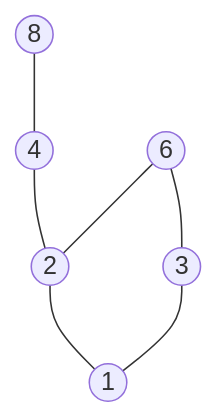
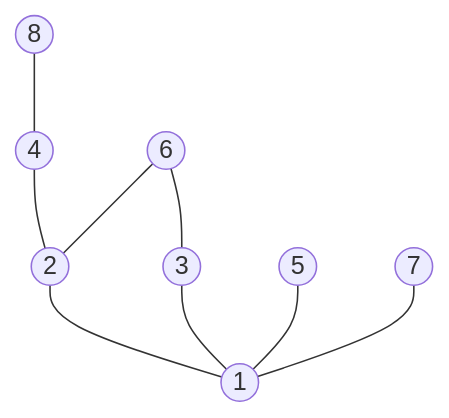
One commit to LeonStoldt/discreteMathematics changed diagram 15 of 15 in README.md. Above: the diagram before and after it, drawn with Mermaid. The commit also changed other lines of this file, not shown here.

````diff
--- a/README.md
+++ b/README.md
@@ -287,10 +287,11 @@
 ```mermaid
 graph TD
 8((8)) --- 4((4))
 4 --- 2((2))
 6((6)) --- 2
 6 --- 3((3))
 2 --- 1((1))
 3 --- 1
-
+5((5)) --- 1
+7((7)) --- 1
 ```
````
